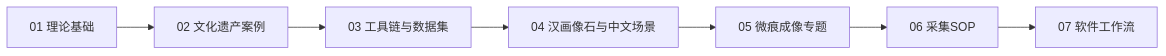
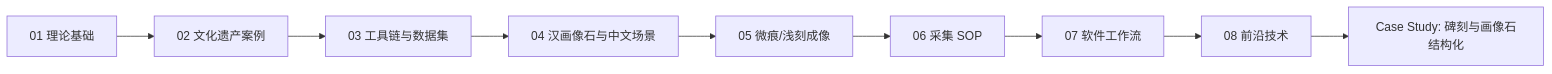
Before and after one commit to wahonet/RTI-Learning: the diagram in README.md, drawn with Mermaid. The commit also changed other lines of this file and 19 other files, not shown here.

Commit message:
Merge relics case study into RTI learning

````diff
--- a/README.md
+++ b/README.md
@@ -7,9 +15,11 @@
 ```mermaid
 flowchart LR
   theory["01 理论基础"] --> cases["02 文化遗产案例"]
   cases --> tools["03 工具链与数据集"]
   tools --> han["04 汉画像石与中文场景"]
-  han --> microtrace["05 微痕成像专题"]
-  microtrace --> sop["06 采集SOP"]
-  sop --> software["07 软件工作流"]
+  han --> microtrace["05 微痕/浅刻成像"]
+  microtrace --> sop["06 采集 SOP"]
+  sop --> workflow["07 软件工作流"]
+  workflow --> frontier["08 前沿技术"]
+  frontier --> caseStudy["Case Study: 碑刻与画像石结构化"]
 ```
````
